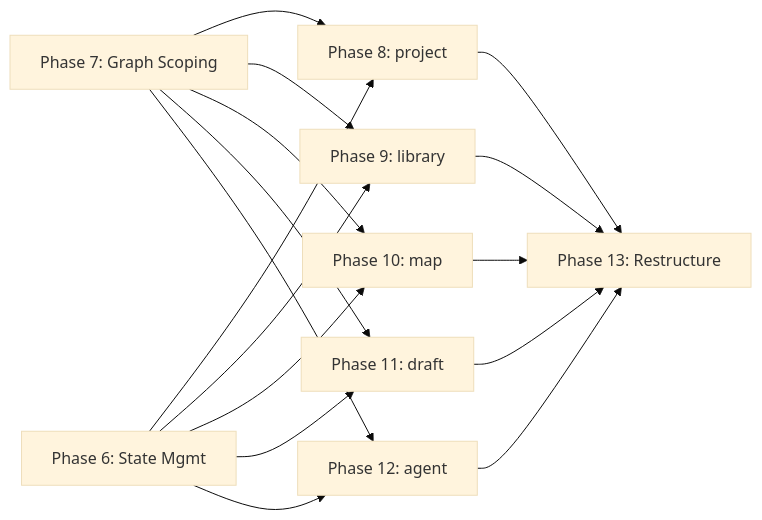
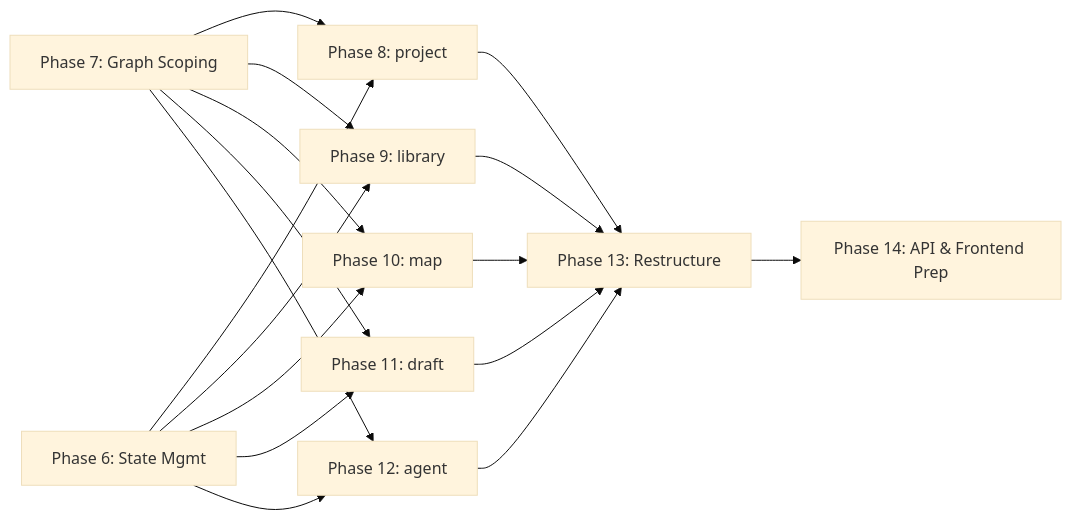
Before and after one commit to Aavkd/Re-ReSearch-new-: the diagram in implementation_plan.md, drawn with Mermaid (base theme). The commit also changed other lines of this file and 16 other files, not shown here.

````diff
--- a/implementation_plan.md
+++ b/implementation_plan.md
@@ -462,18 +462,19 @@
 ```mermaid
 graph LR
     P6["Phase 6: State Mgmt"] --> P8["Phase 8: project"]
     P7["Phase 7: Graph Scoping"] --> P8
     P7 --> P9["Phase 9: library"]
     P7 --> P10["Phase 10: map"]
     P7 --> P11["Phase 11: draft"]
     P7 --> P12["Phase 12: agent"]
     P6 --> P9
     P6 --> P10
     P6 --> P11
     P6 --> P12
     P8 --> P13["Phase 13: Restructure"]
     P9 --> P13
     P10 --> P13
     P11 --> P13
     P12 --> P13
+    P13 --> P14["Phase 14: API & Frontend Prep"]
 ```
````
